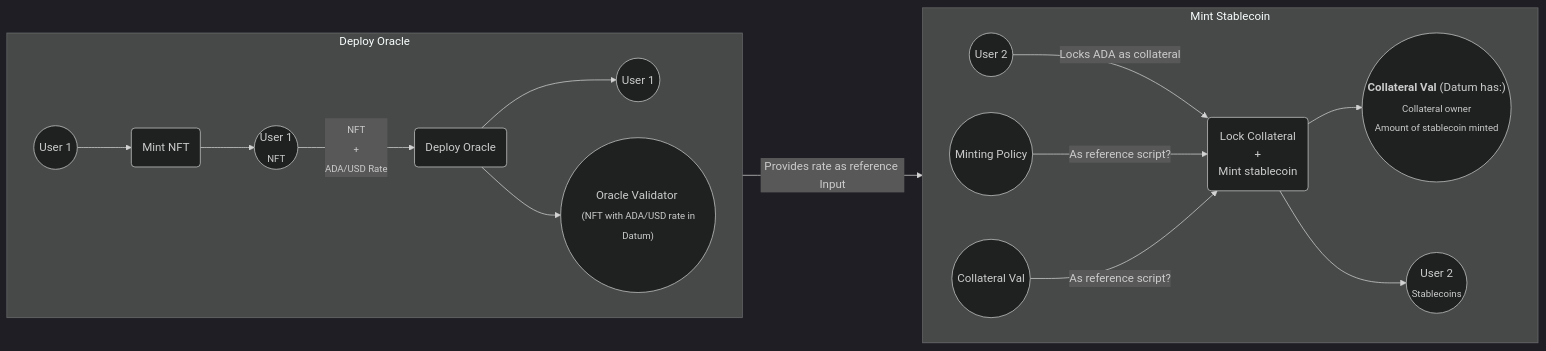
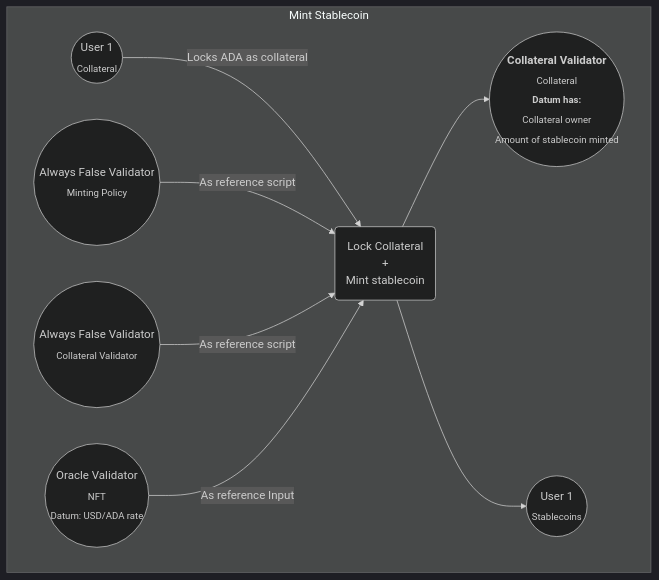
One commit to input-output-hk/plutus-pioneer-program changed the fourth of 7 diagrams in code/Week09/README.md. Above: the diagram before and after it, drawn with Mermaid (dark theme). The commit also changed other lines of this file, not shown here.

Commit message:
Added algorithm explanation with graphs to README

````diff
--- a/code/Week09/README.md
+++ b/code/Week09/README.md
@@ -12,25 +71,17 @@
 ```mermaid
 flowchart LR
-    subgraph Deploy [Deploy Oracle]
-    direction LR
-    A1((User 1)) --> A2(Mint NFT)
-    A2 --> A3((User 1 <br> <sub>NFT</sub>))
-    A3 -->|<sub>NFT <br> + <br> ADA/USD Rate</sub>| A4(Deploy Oracle)
-    A4 --> A5((User 1))
-    A4 --> A6(("Oracle Validator <br> <sub>(NFT with ADA/USD rate in Datum)</sub>"))
-    end
     subgraph Mint [Mint Stablecoin]
     direction LR
-    M1((User 2)) --> |Locks ADA as collateral| M4
-    M2((Minting Policy)) --> |As reference script?| M4
-    M3((Collateral Val)) --> |As reference script?| M4
-    direction LR
-    M4(Lock Collateral <br> + <br> Mint stablecoin)
-    A6 --> |Provides rate as reference Input|M4
-    M4 --> M5(("<b>Collateral Val</b> (Datum has:) <br> <sub>Collateral owner</sub>  <br> <sub>Amount of stablecoin minted</sub>"))
-    M4 --> M6((User 2 <br> <sub>Stablecoins</sub>))
+    A6(("Oracle Validator <br> <sub>NFT <br> Datum: USD/ADA rate</sub>"))
+    A8((Always False Validator <br> <sub>Collateral Validator</sub>))
+    A9((Always False Validator <br> <sub>Minting Policy</sub>))
+
+    M1((User 1<br> <sub>Collateral</sub>)) --> |Locks ADA as collateral| M4(Lock Collateral <br> + <br> Mint stablecoin)
+    A9 --> |As reference script| M4
+    A8 --> |As reference script| M4
+    A6 --> |As reference Input|M4
+
+    M4 --> M5(("<b>Collateral Validator</b> <br> <sub>Collateral <br> <b>Datum has:</b> <br> Collateral owner  <br> Amount of stablecoin minted"))
+    M4 --> M6((User 1 <br> <sub>Stablecoins</sub>))
     end
-
-  
-
 ```
````
